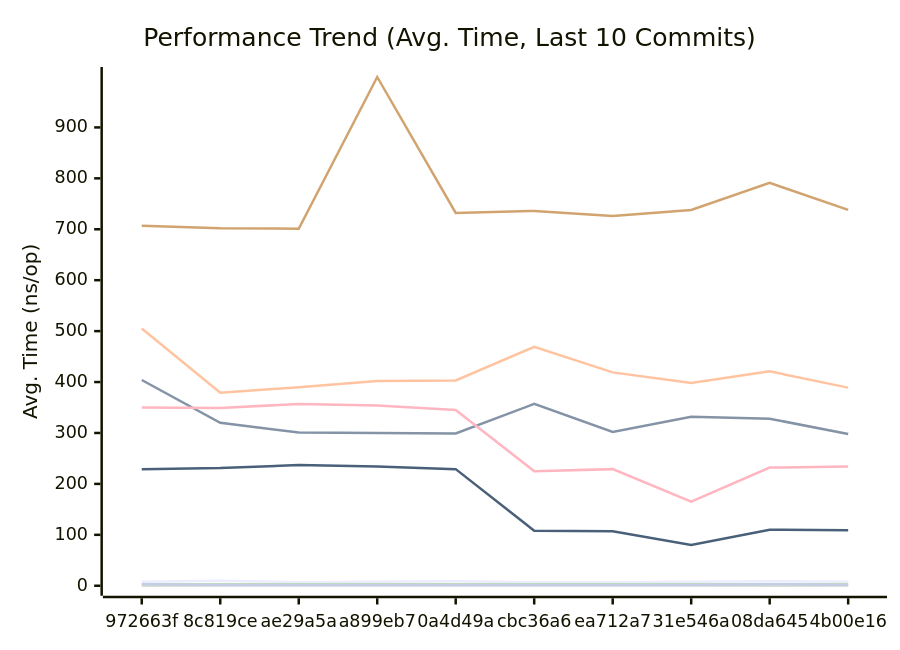
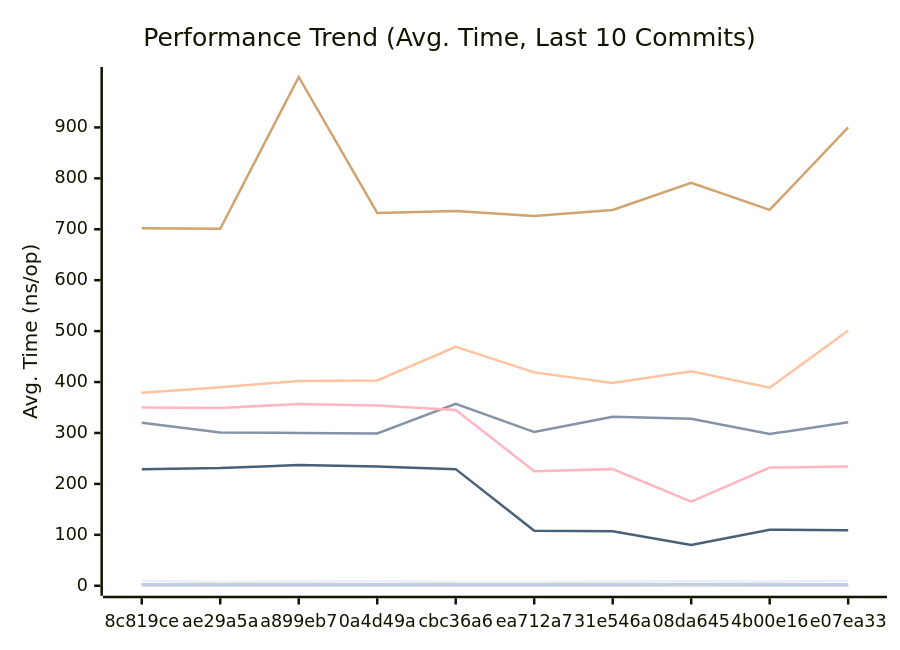
The first of 3 diagrams in docs/PERFORMANCE.md (alsotoes/momo), drawn with Mermaid before and after one commit. The commit also changed other lines of this file and 3 other files, not shown here.

````diff
--- a/docs/PERFORMANCE.md
+++ b/docs/PERFORMANCE.md
@@ -80,16 +80,16 @@
 ```mermaid
 xychart-beta
     title "Performance Trend (Avg. Time, Last 10 Commits)"
     x-axis "Commit"
     y-axis "Avg. Time (ns/op)"
-    x-axis [972663f,8c819ce,ae29a5a,a899eb7,0a4d49a,cbc36a6,ea712a7,31e546a,08da645,4b00e16]
-    line "CheckMetricsAndSwap" [8,10,7,8,9,7,7,8,9,8]
-    line "CrushOptimized" [404,320,301,300,299,357,302,332,328,298]
-    line "CrushOriginal" [505,379,390,402,403,469,419,398,421,389]
+    x-axis [8c819ce,ae29a5a,a899eb7,0a4d49a,cbc36a6,ea712a7,31e546a,08da645,4b00e16,e07ea33]
+    line "CheckMetricsAndSwap" [10,7,8,9,7,7,8,9,8,10]
+    line "CrushOptimized" [320,301,300,299,357,302,332,328,298,321]
+    line "CrushOriginal" [379,390,402,403,469,419,398,421,389,501]
     line "IndexDirectTracking" [0,0,0,0,0,0,0,0,0,0]
     line "IndexSearch" [3,3,3,3,3,3,3,3,3,3]
-    line "LoadGlobalConfig" [707,702,701,999,732,736,726,738,791,738]
-    line "PadString" [3,2,2,2,2,2,2,2,3,2]
+    line "LoadGlobalConfig" [702,701,999,732,736,726,738,791,738,900]
+    line "PadString" [2,2,2,2,2,2,2,3,2,2]
     line "ParseReplicationOrder_NoPrealloc" [350,349,357,354,345,225,229,165,232,234]
     line "ParseReplicationOrder_Prealloc" [229,231,237,234,229,108,107,80,110,109]
 ```
````
